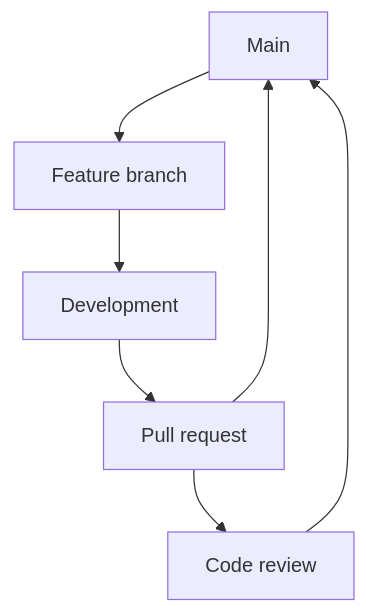
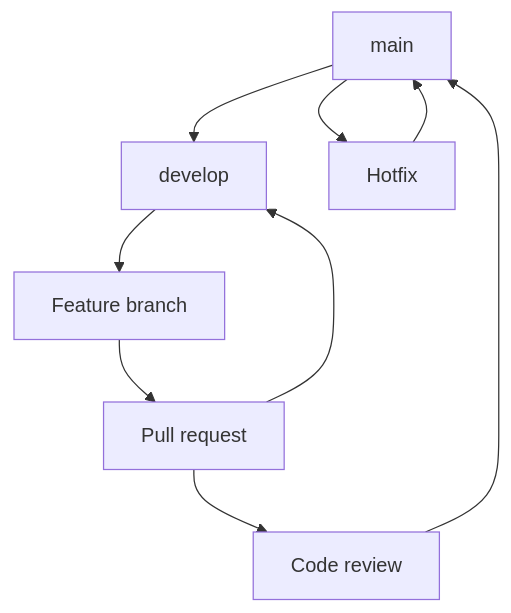
One commit to yip-lgtm/PhysicsSelfStudy changed the third of 5 diagrams in 02_MSc_DataDriven_Modeling/core_courses/MSDM_5001/README.md. Above: the diagram before and after it, drawn with Mermaid. The commit also changed other lines of this file and 17 other files, not shown here.

````diff
--- a/02_MSc_DataDriven_Modeling/core_courses/MSDM_5001/README.md
+++ b/02_MSc_DataDriven_Modeling/core_courses/MSDM_5001/README.md
@@ -319,9 +603,11 @@
 ```mermaid
 graph TD
-    A[Main] --> B[Feature branch]
-    B --> C[Development]
+    A[main] --> B[develop]
+    B --> C[Feature branch]
     C --> D[Pull request]
-    D --> A
+    D --> B
     D --> E[Code review]
     E --> A
+    A --> F[Hotfix]
+    F --> A
 ```
````
